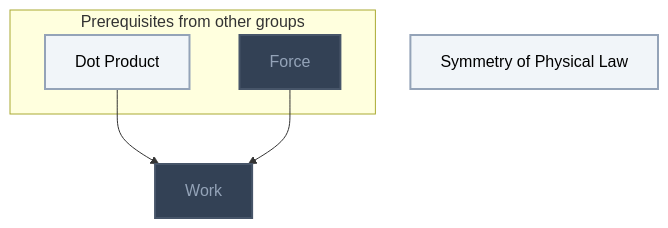
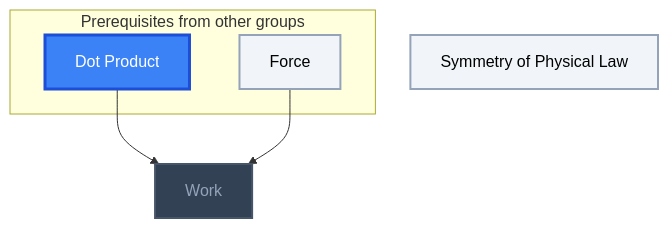
Diagram 11 of 15 in Gamification/Skill Trees/Classical Mechanics.md (MRauf1/My-Notes), drawn with Mermaid before and after one commit. The commit also changed other lines of this file and 57 other files, not shown here.

````diff
--- a/Gamification/Skill Trees/Classical Mechanics.md
+++ b/Gamification/Skill Trees/Classical Mechanics.md
@@ -353,23 +356,24 @@
 ```mermaid
 flowchart TD
     classDef planned fill:#1E293B,stroke:#64748B,stroke-width:2px,stroke-dasharray:5 5,color:#94A3B8;
     classDef locked fill:#334155,stroke:#475569,stroke-width:2px,color:#94A3B8;
     classDef L0 fill:#F1F5F9,stroke:#94A3B8,stroke-width:2px,color:#000000;
     classDef L1 fill:#22C55E,stroke:#15803D,stroke-width:2px,color:#000000;
     classDef L2 fill:#3B82F6,stroke:#1D4ED8,stroke-width:3px,color:#FFFFFF;
     classDef L3 fill:#A855F7,stroke:#6B21A8,stroke-width:3px,color:#FFFFFF,font-weight:bold;
     classDef L4 fill:#F97316,stroke:#C2410C,stroke-width:4px,color:#000000,font-weight:bold;
     classDef L5 fill:#FFD700,stroke:#FF8C00,stroke-width:5px,color:#000000,font-weight:bold;
     classDef rusty stroke:#8B4513,stroke-width:4px,stroke-dasharray:3 3;
     subgraph sg_prereqs["Prerequisites from other groups"]
         n_dot_product["Dot Product"]
         n_force["Force"]
     end
     n_symmetry_of_physical_law["Symmetry of Physical Law"]
     n_work["Work"]
     n_dot_product --> n_work
     n_force --> n_work
-    class n_force,n_work locked;
-    class n_dot_product,n_symmetry_of_physical_law L0;
+    class n_work locked;
+    class n_force,n_symmetry_of_physical_law L0;
+    class n_dot_product L2;
     class n_dot_product,n_force,n_symmetry_of_physical_law,n_work internal-link;
 ```
````
